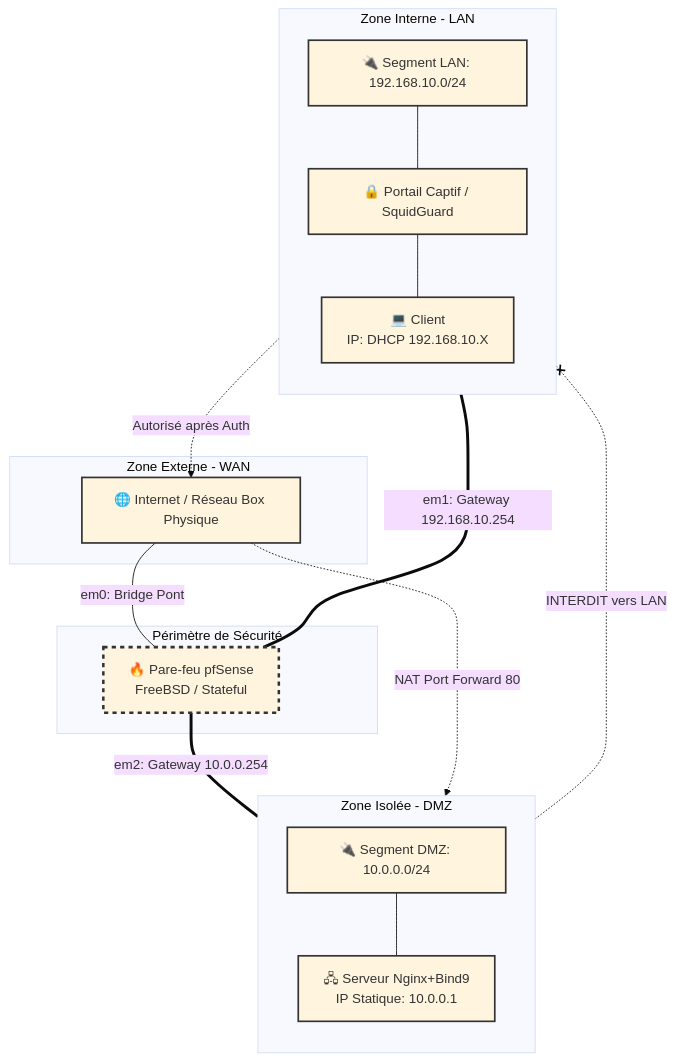
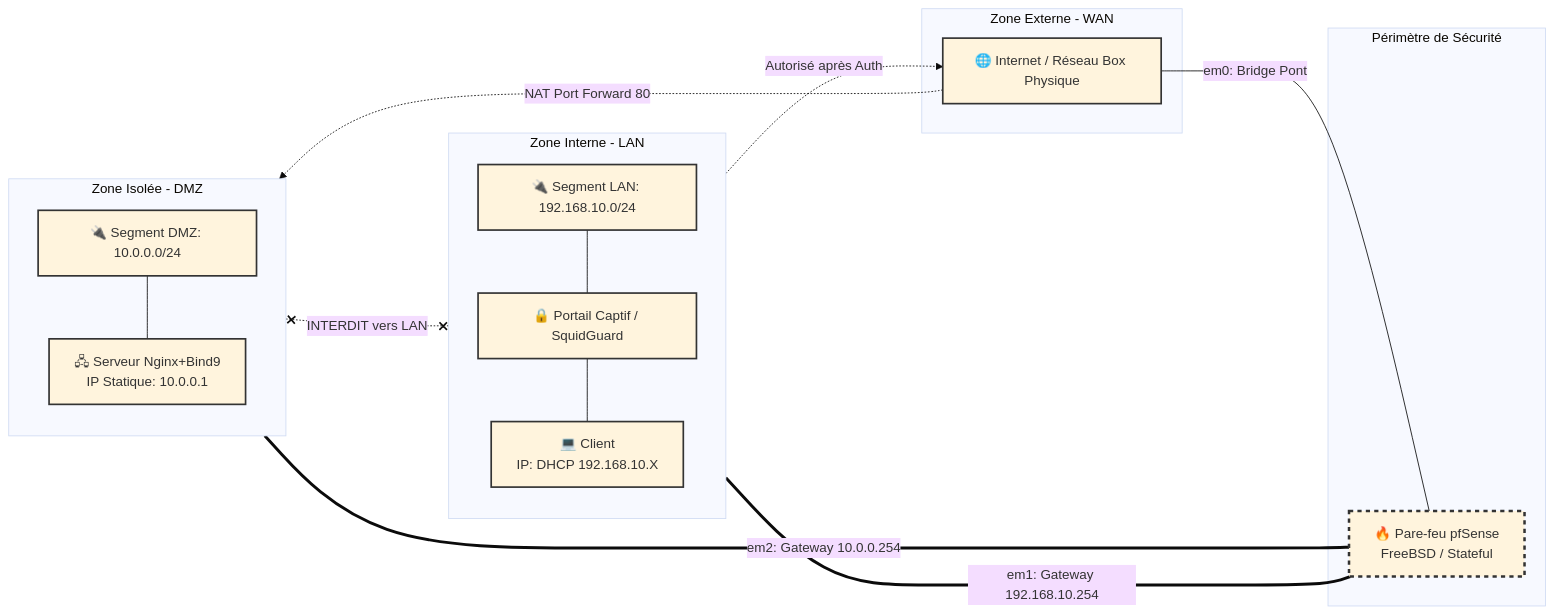
Before and after one commit to syltux/ti_pfSense: the diagram in tppfsense.md, drawn with Mermaid (base theme).

Commit message:
Fix mermaid syntax to flowchart for organized display in github v2

````diff
--- a/tppfsense.md
+++ b/tppfsense.md
@@ -5,53 +5,53 @@
 ```mermaid
-flowchart TD
+flowchart LR
     %% Définition du style général
     classDef wan style fill:#f9f,stroke:#333,stroke-width:2px;
     classDef pfsense style fill:#bbf,stroke:#333,stroke-width:3px,stroke-dasharray: 5 5;
     classDef lan style fill:#bfb,stroke:#333,stroke-width:2px;
     classDef dmz style fill:#fbb,stroke:#333,stroke-width:2px;
 
     %% Zone WAN / Internet
     subgraph WAN_ZONE [Zone Externe - WAN]
         Internet[🌐 Internet / Réseau Box Physique]
     end
 
     %% Le Coeur de l'infra : pfSense
     subgraph FIREWALL [Périmètre de Sécurité]
         pfsense[🔥 Pare-feu pfSense <br/> FreeBSD / Stateful]
     end
 
-    %% Zone DMZ Serveurs
-    subgraph DMZ_ZONE [Zone Isolée - DMZ]
-        direction TB
-        vSwitchDMZ[🔌 Segment DMZ: 10.0.0.0/24]
-        ServerDebian[🖧 Serveur Nginx+Bind9 <br/> IP Statique: 10.0.0.1]
-    end
-
     %% Zone LAN Entreprise
     subgraph LAN_ZONE [Zone Interne - LAN]
         direction TB
         vSwitchLAN[🔌 Segment LAN: 192.168.10.0/24]
         Filtres[🔒 Portail Captif / SquidGuard]
         ClientDebian[💻 Client <br/> IP: DHCP 192.168.10.X]
+        
+        vSwitchLAN --- Filtres --- ClientDebian
     end
 
-    %% Liens Physiques (Câblage)
+    %% Zone DMZ Serveurs
+    subgraph DMZ_ZONE [Zone Isolée - DMZ]
+        direction TB
+        vSwitchDMZ[🔌 Segment DMZ: 10.0.0.0/24]
+        ServerDebian[🖧 Serveur Nginx+Bind9 <br/> IP Statique: 10.0.0.1]
+        
+        vSwitchDMZ --- ServerDebian
+    end
+
+    %% Câblage physique horizontal limpide
     Internet --- |em0: Bridge Pont| pfsense
     pfsense === |em1: Gateway 192.168.10.254| vSwitchLAN
     pfsense === |em2: Gateway 10.0.0.254| vSwitchDMZ
-    
-    vSwitchLAN --- Filtres
-    Filtres --- ClientDebian
-    vSwitchDMZ --- ServerDebian
 
-    %% Liens logiques de sécurité (ACLs)
+    %% Contrôles logiques (ACLs)
+    ClientDebian -.->|Autorisé après Auth| Internet
     Internet -.->|NAT Port Forward 80| ServerDebian
-    ClientDebian -.->|Autorisé après Auth| Internet
-    ServerDebian -.-x|INTERDIT vers LAN| LAN_ZONE
+    ServerDebian x-.-x|INTERDIT vers LAN| LAN_ZONE
 
     %% Application des styles
     class Internet wan;
     class pfsense pfsense;
     class vSwitchLAN,ClientDebian,Filtres lan;
     class vSwitchDMZ,ServerDebian dmz;
 ```
````
